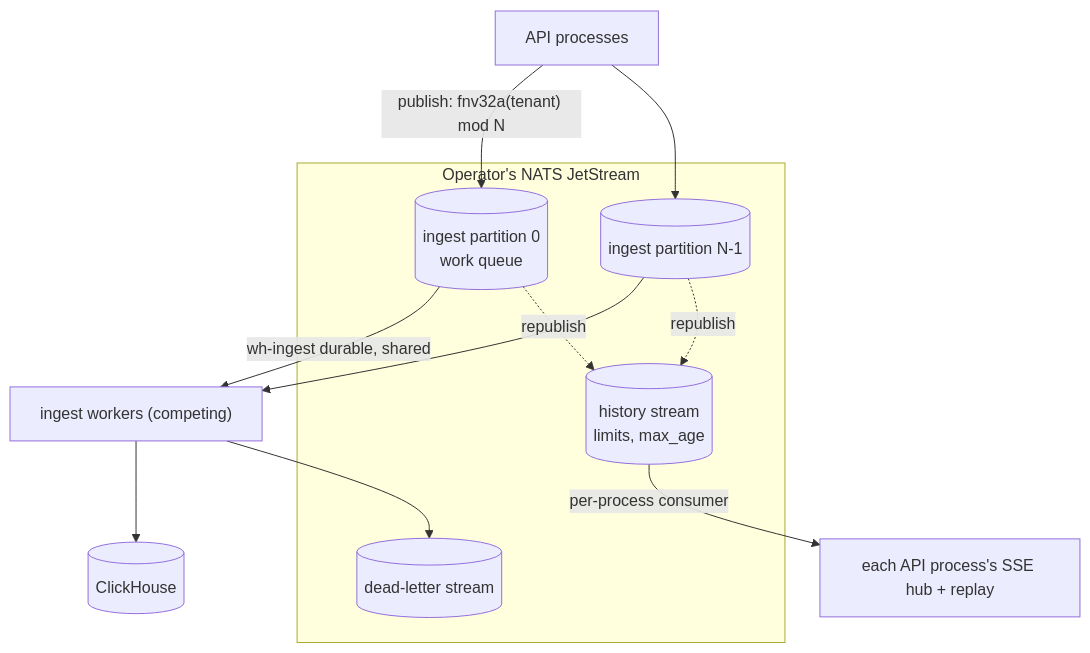
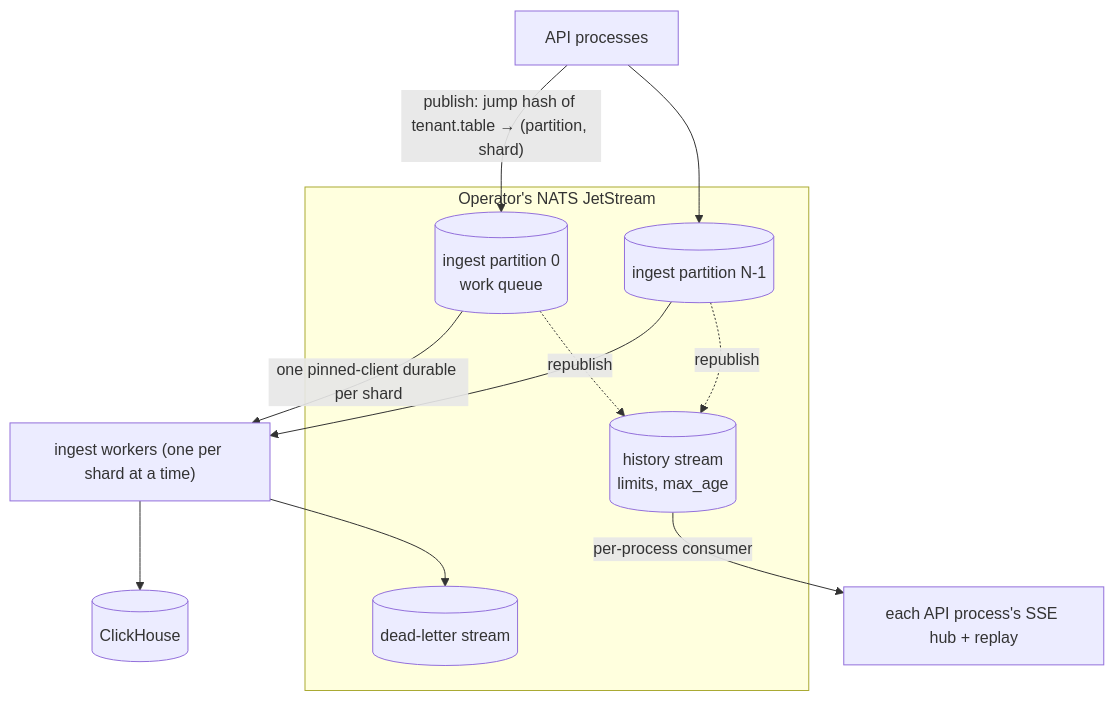
The eighth of 8 diagrams in docs/src/content/docs/ingest-pipeline.md (Wave-RF/WaveHouse), drawn with Mermaid before and after one commit. The commit also changed other lines of this file and 35 other files, not shown here.

````diff
--- a/docs/src/content/docs/ingest-pipeline.md
+++ b/docs/src/content/docs/ingest-pipeline.md
@@ -270,18 +270,18 @@
 ```mermaid
 flowchart TD
     subgraph NATS["Operator's NATS JetStream"]
         P0[("ingest partition 0<br/>work queue")]
         P1[("ingest partition N-1")]
         H[("history stream<br/>limits, max_age")]
         D[("dead-letter stream")]
     end
-    API["API processes"] -->|"publish: fnv32a(tenant) mod N"| P0
+    API["API processes"] -->|"publish: jump hash of tenant.table → (partition, shard)"| P0
     API --> P1
-    P0 -->|"wh-ingest durable, shared"| W["ingest workers (competing)"]
+    P0 -->|"one pinned-client durable per shard"| W["ingest workers (one per shard at a time)"]
     P1 --> W
     P0 -. republish .-> H
     P1 -. republish .-> H
     H -->|"per-process consumer"| Hub["each API process's SSE hub + replay"]
     W --> CH[("ClickHouse")]
     W --> D
 ```
````
